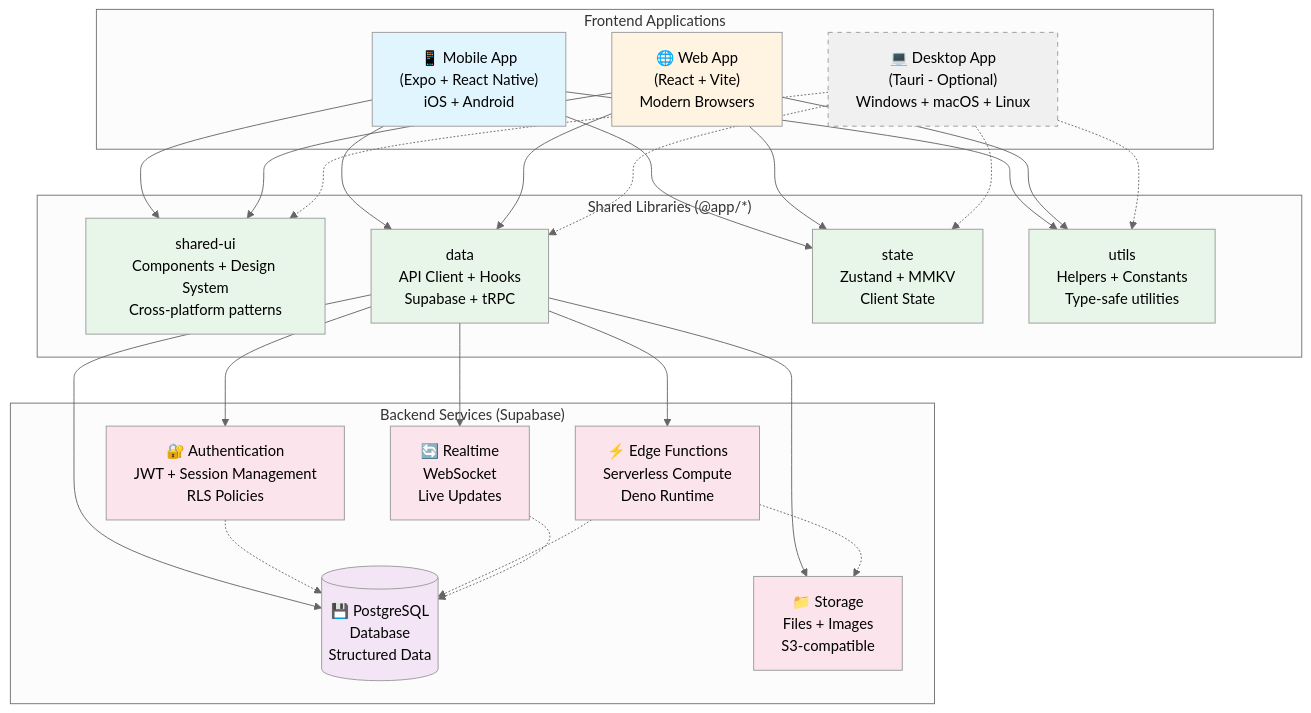
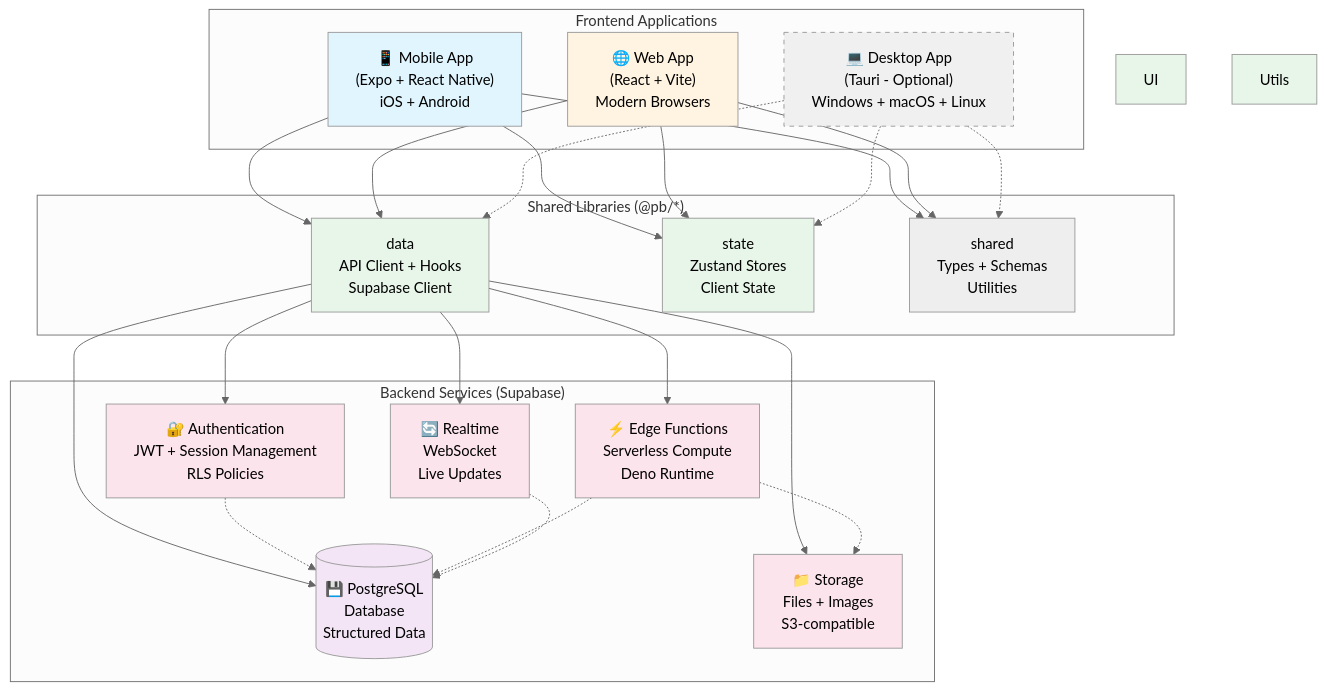
The first of 4 diagrams in ARCHITECTURE.md (willbnu/Product-Blueprint), drawn with Mermaid (neutral theme) before and after one commit. The commit also changed other lines of this file and 8 other files, not shown here.

````diff
--- a/ARCHITECTURE.md
+++ b/ARCHITECTURE.md
@@ -21,62 +21,58 @@
 ```mermaid
 graph TB
     subgraph "Frontend Applications"
         Mobile["📱 Mobile App<br/>(Expo + React Native)<br/>iOS + Android"]
         Web["🌐 Web App<br/>(React + Vite)<br/>Modern Browsers"]
         Desktop["💻 Desktop App<br/>(Tauri - Optional)<br/>Windows + macOS + Linux"]
     end
 
-    subgraph "Shared Libraries (@app/*)"
-        UI["shared-ui<br/>Components + Design System<br/>Cross-platform patterns"]
-        Data["data<br/>API Client + Hooks<br/>Supabase + tRPC"]
-        State["state<br/>Zustand + MMKV<br/>Client State"]
-        Utils["utils<br/>Helpers + Constants<br/>Type-safe utilities"]
+    subgraph "Shared Libraries (@pb/*)"
+        Data["data<br/>API Client + Hooks<br/>Supabase Client"]
+        State["state<br/>Zustand Stores<br/>Client State"]
+        Shared["shared<br/>Types + Schemas<br/>Utilities"]
     end
 
     subgraph "Backend Services (Supabase)"
         Auth["🔐 Authentication<br/>JWT + Session Management<br/>RLS Policies"]
         DB[("💾 PostgreSQL<br/>Database<br/>Structured Data")]
         Storage["📁 Storage<br/>Files + Images<br/>S3-compatible"]
         Edge["⚡ Edge Functions<br/>Serverless Compute<br/>Deno Runtime"]
         Realtime["🔄 Realtime<br/>WebSocket<br/>Live Updates"]
     end
 
-    Mobile --> UI
     Mobile --> Data
     Mobile --> State
-    Mobile --> Utils
+    Mobile --> Shared
 
-    Web --> UI
     Web --> Data
     Web --> State
-    Web --> Utils
+    Web --> Shared
 
-    Desktop -.-> UI
     Desktop -.-> Data
     Desktop -.-> State
-    Desktop -.-> Utils
+    Desktop -.-> Shared
 
     Data --> Auth
     Data --> DB
     Data --> Storage
     Data --> Edge
     Data --> Realtime
 
     Auth -.-> DB
     Edge -.-> DB
     Edge -.-> Storage
     Realtime -.-> DB
 
     style Mobile fill:#e1f5ff
     style Web fill:#fff4e1
     style Desktop fill:#f0f0f0,stroke-dasharray: 5 5
     style UI fill:#e8f5e9
     style Data fill:#e8f5e9
     style State fill:#e8f5e9
     style Utils fill:#e8f5e9
     style Auth fill:#fce4ec
     style DB fill:#f3e5f5
     style Storage fill:#fce4ec
     style Edge fill:#fce4ec
     style Realtime fill:#fce4ec
 ```
````
